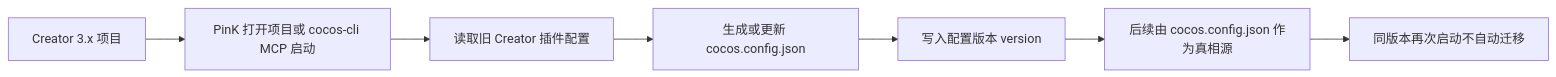
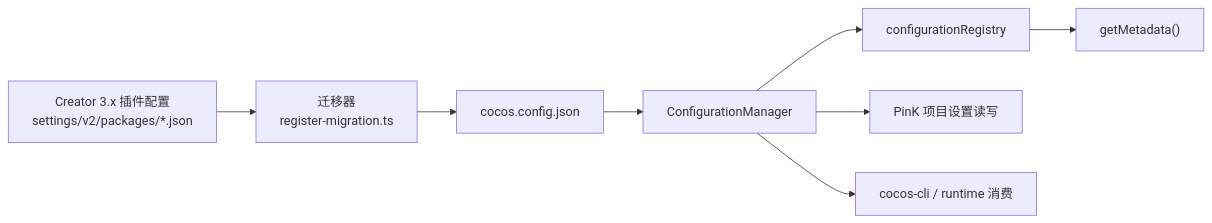
One commit to Changdw/cocos-cli changed the diagram in docs/dev/creator-config-migration-design.md. Above: the diagram before and after it, drawn with Mermaid. The commit also changed other lines of this file, not shown here.

Commit message:
docs: 精简 Creator 配置迁移说明

````diff
--- a/docs/dev/creator-config-migration-design.md
+++ b/docs/dev/creator-config-migration-design.md
@@ -42,9 +18,10 @@
 ```mermaid
 flowchart LR
-    A["Creator 3.x 项目"] --> B["PinK 打开项目或 cocos-cli MCP 启动"]
-    B --> C["读取旧 Creator 插件配置"]
-    C --> D["生成或更新 cocos.config.json"]
-    D --> E["写入配置版本 version"]
-    E --> F["后续由 cocos.config.json 作为真相源"]
-    F --> G["同版本再次启动不自动迁移"]
+    A["Creator 3.x 插件配置<br/>settings/v2/packages/*.json"] --> B["迁移器<br/>register-migration.ts"]
+    B --> C["cocos.config.json"]
+    C --> D["ConfigurationManager"]
+    D --> E["configurationRegistry"]
+    E --> F["getMetadata()"]
+    D --> G["PinK 项目设置读写"]
+    D --> H["cocos-cli / runtime 消费"]
 ```
````
